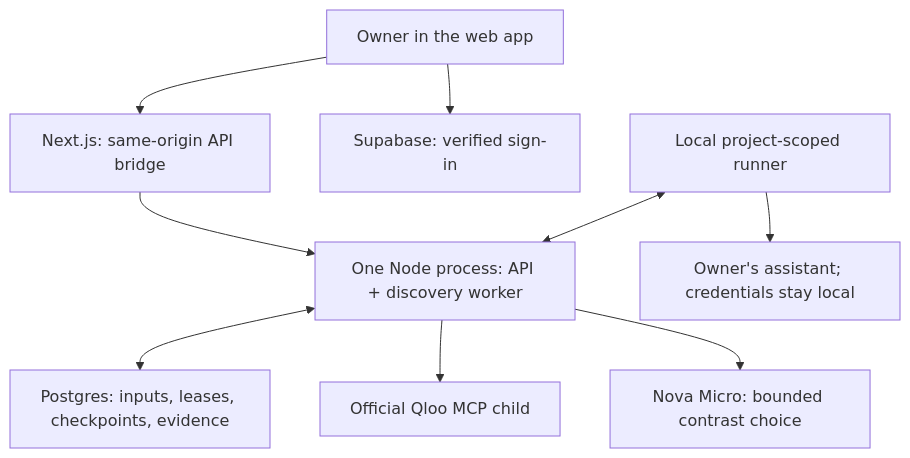
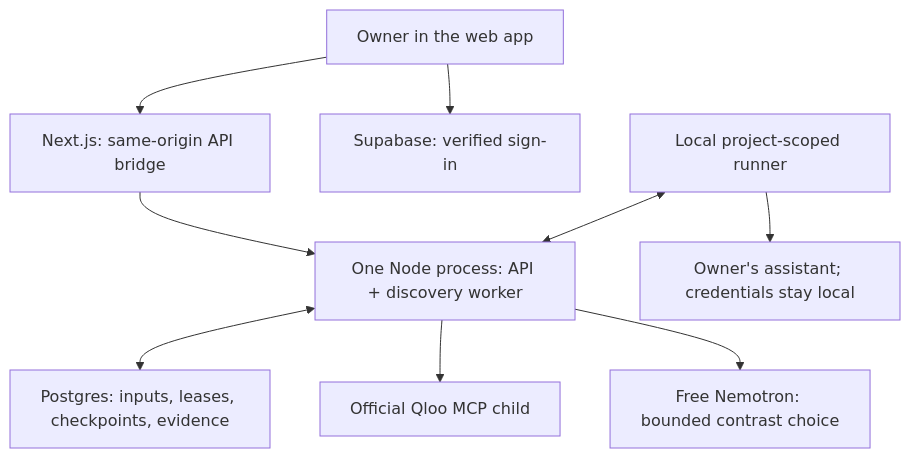
The second of 2 diagrams in README.md (CryptoZephyr/tastecase), drawn with Mermaid before and after one commit. The commit also changed other lines of this file and 18 other files, not shown here.

Commit message:
Use free-only OpenRouter Nemotron for discovery and runner execution

````diff
--- a/README.md
+++ b/README.md
@@ -67,11 +67,11 @@
 ```mermaid
 flowchart TB
   Owner["Owner in the web app"] --> Web["Next.js: same-origin API bridge"]
   Owner --> Auth["Supabase: verified sign-in"]
   Web --> Backend["One Node process: API + discovery worker"]
   Backend <--> DB["Postgres: inputs, leases, checkpoints, evidence"]
   Backend --> MCP["Official Qloo MCP child"]
-  Backend --> Nova["Nova Micro: bounded contrast choice"]
+  Backend --> Model["Free Nemotron: bounded contrast choice"]
   Runner["Local project-scoped runner"] <--> Backend
   Runner --> Target["Owner's assistant; credentials stay local"]
 ```
````
